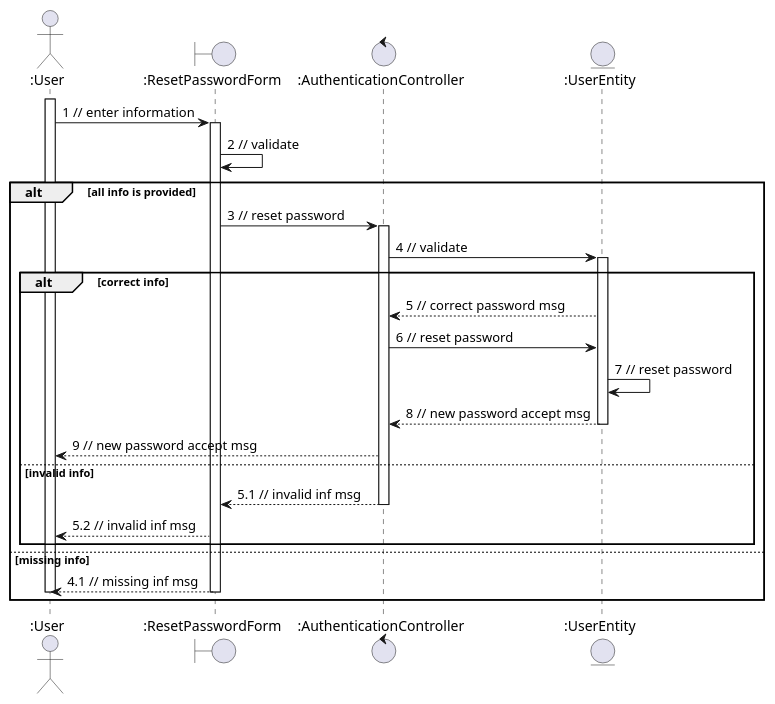
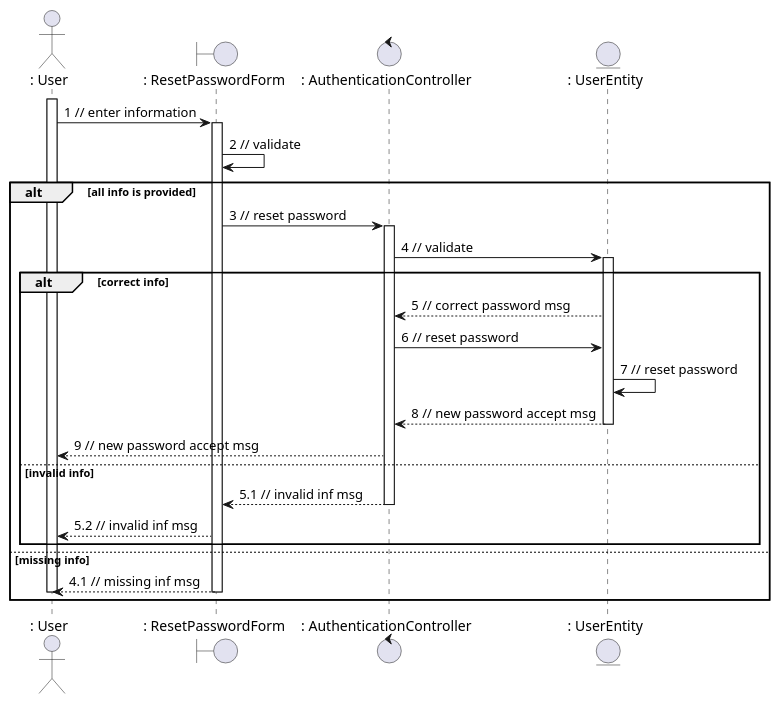
The diagram in sequence - analysis/authentication/resetPassword.plantuml (anonyhostvn/OOAD-Diagram), drawn with PlantUML before and after one commit. The commit also changed 33 other files, not shown here.

```diff
--- a/sequence - analysis/authentication/resetPassword.plantuml
+++ b/sequence - analysis/authentication/resetPassword.plantuml
@@ -1,40 +1,40 @@
 @startuml
-actor ":User"
-boundary ":ResetPasswordForm"
-control ":AuthenticationController"
-entity ":UserEntity"
-activate ":User"
-":User" -> ":ResetPasswordForm" : 1 // enter information
-activate ":ResetPasswordForm"
-":ResetPasswordForm" -> ":ResetPasswordForm" : 2 // validate
+actor ": User"
+boundary ": ResetPasswordForm"
+control ": AuthenticationController"
+entity ": UserEntity"
+activate ": User"
+": User" -> ": ResetPasswordForm" : 1 // enter information
+activate ": ResetPasswordForm"
+": ResetPasswordForm" -> ": ResetPasswordForm" : 2 // validate
 alt all info is provided
 
-":ResetPasswordForm" -> ":AuthenticationController" : 3 // reset password
-activate ":AuthenticationController"
-":AuthenticationController" -> ":UserEntity" : 4 // validate
+": ResetPasswordForm" -> ": AuthenticationController" : 3 // reset password
+activate ": AuthenticationController"
+": AuthenticationController" -> ": UserEntity" : 4 // validate
 
 alt correct info
-activate ":UserEntity"
-":UserEntity" --> ":AuthenticationController" : 5 // correct password msg
-":AuthenticationController" -> ":UserEntity" : 6 // reset password
+activate ": UserEntity"
+": UserEntity" --> ": AuthenticationController" : 5 // correct password msg
+": AuthenticationController" -> ": UserEntity" : 6 // reset password
 
-":UserEntity" -> ":UserEntity" : 7 // reset password
-":UserEntity" --> ":AuthenticationController" : 8 // new password accept msg
-deactivate ":UserEntity"
-":AuthenticationController" --> ":User" : 9 // new password accept msg
+": UserEntity" -> ": UserEntity" : 7 // reset password
+": UserEntity" --> ": AuthenticationController" : 8 // new password accept msg
+deactivate ": UserEntity"
+": AuthenticationController" --> ": User" : 9 // new password accept msg
 
 else invalid info
 
-":AuthenticationController" --> ":ResetPasswordForm" : 5.1 // invalid inf msg
-deactivate ":AuthenticationController"
-":ResetPasswordForm" --> ":User" : 5.2 // invalid inf msg
+": AuthenticationController" --> ": ResetPasswordForm" : 5.1 // invalid inf msg
+deactivate ": AuthenticationController"
+": ResetPasswordForm" --> ": User" : 5.2 // invalid inf msg
 
 end
 
 else missing info
 
-":ResetPasswordForm" --> ":User" : 4.1 // missing inf msg
-deactivate ":ResetPasswordForm"
-deactivate ":User"
+": ResetPasswordForm" --> ": User" : 4.1 // missing inf msg
+deactivate ": ResetPasswordForm"
+deactivate ": User"
 end
 @enduml
```
